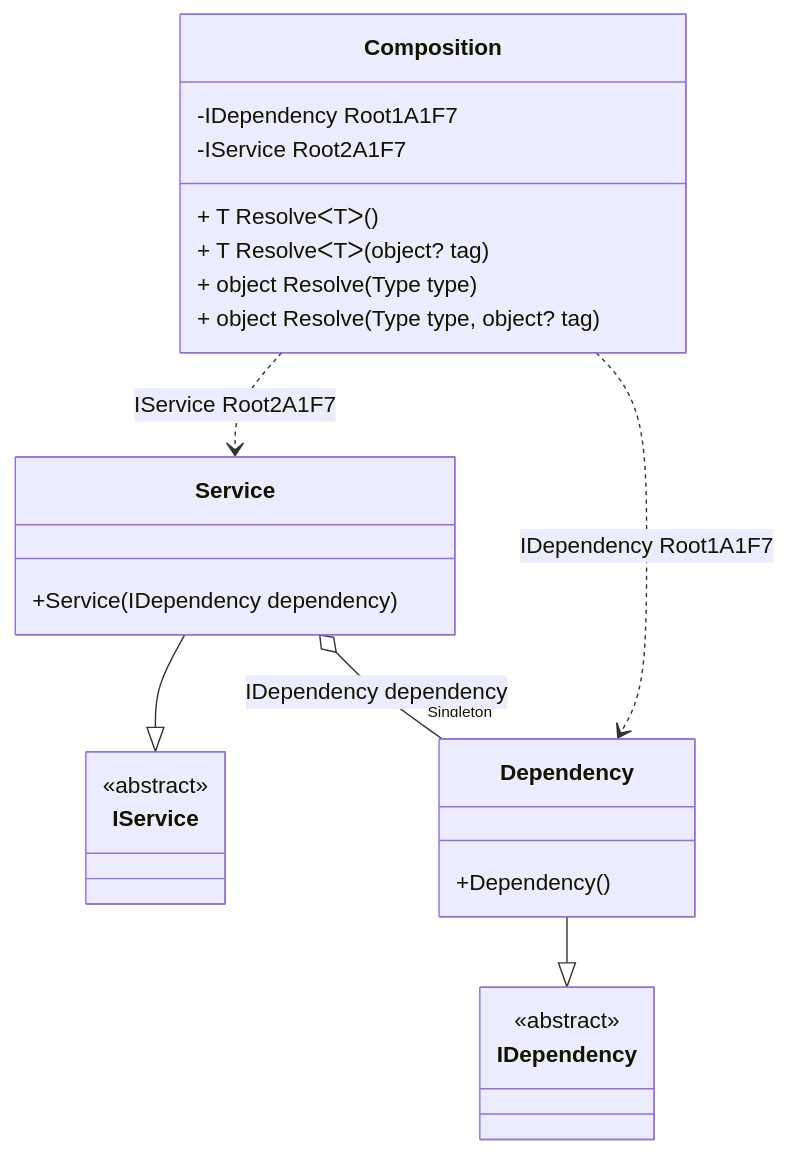
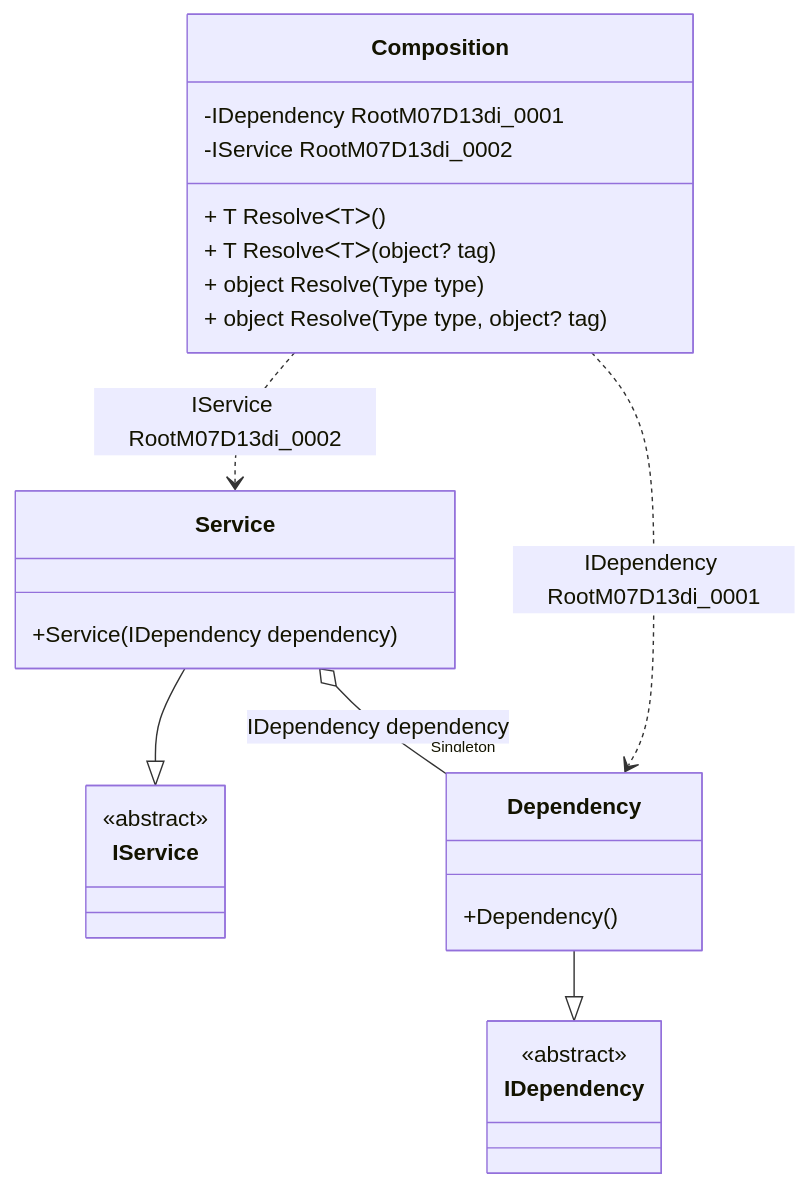
One commit to DevTeam/Pure.DI changed the diagram in readme/service-collection.md. Above: the diagram before and after it, drawn with Mermaid. The commit also changed other lines of this file and 53 other files, not shown here.

Commit message:
Makes code generation more predictable: Reduces the randomness of variable naming when constructing the object graph.

````diff
--- a/readme/service-collection.md
+++ b/readme/service-collection.md
@@ -75,28 +75,28 @@
 ```mermaid
 classDiagram
   class Composition {
-    -IDependency Root1A1F7
-    -IService Root2A1F7
+    -IDependency RootM07D13di_0001
+    -IService RootM07D13di_0002
     + T ResolveᐸTᐳ()
     + T ResolveᐸTᐳ(object? tag)
     + object Resolve(Type type)
     + object Resolve(Type type, object? tag)
   }
   Service --|> IService : 
   class Service {
     +Service(IDependency dependency)
   }
   Dependency --|> IDependency : 
   class Dependency {
     +Dependency()
   }
   class IService {
     <<abstract>>
   }
   class IDependency {
     <<abstract>>
   }
   Service o--  "Singleton" Dependency : IDependency dependency
-  Composition ..> Dependency : IDependency Root1A1F7
-  Composition ..> Service : IService Root2A1F7
+  Composition ..> Dependency : IDependency RootM07D13di_0001
+  Composition ..> Service : IService RootM07D13di_0002
 ```
````
